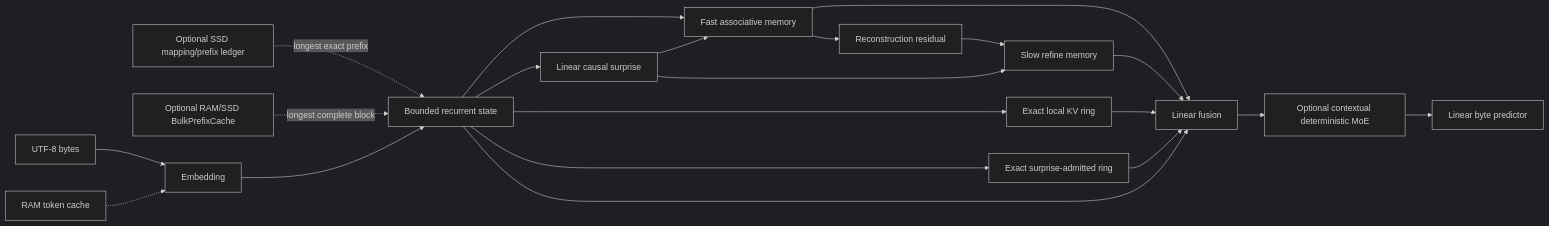
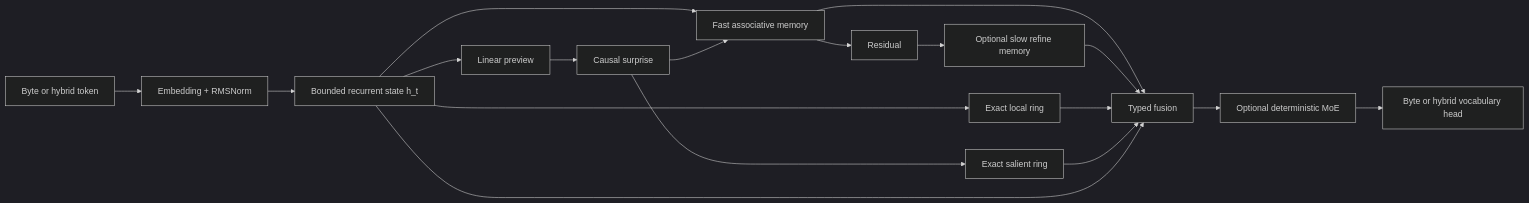
One commit to Koemi-AI/Koemi-5HOM changed the diagram in README.md. Above: the diagram before and after it, drawn with Mermaid (dark theme). The commit also changed other lines of this file and 4 other files, not shown here.

First line of the commit message:
docs(readme): explain 4HCM with wooden block diagrams

````diff
--- a/README.md
+++ b/README.md
@@ -261,23 +238,20 @@
 ```mermaid
 flowchart LR
-    Input[UTF-8 bytes] --> Embedding
-    Warm[RAM token cache] -.-> Embedding
-    Mapping[Optional SSD mapping/prefix ledger] -. longest exact prefix .-> Recurrent
-    Bulk[Optional RAM/SSD BulkPrefixCache] -. longest complete block .-> Recurrent
-    Embedding --> Recurrent[Bounded recurrent state]
-    Recurrent --> Fast[Fast associative memory]
-    Fast --> Residual[Reconstruction residual]
-    Residual --> Slow[Slow refine memory]
-    Recurrent --> Local[Exact local KV ring]
-    Recurrent --> Salient[Exact surprise-admitted ring]
-    Recurrent --> Surprise[Linear causal surprise]
-    Surprise --> Fast
-    Surprise --> Slow
-    Fast --> Fusion[Linear fusion]
-    Slow --> Fusion
-    Local --> Fusion
-    Salient --> Fusion
-    Recurrent --> Fusion
-    Fusion --> MoE[Optional contextual deterministic MoE]
-    MoE --> Output[Linear byte predictor]
+    X[Byte or hybrid token] --> E[Embedding + RMSNorm]
+    E --> H[Bounded recurrent state h_t]
+    H --> P[Linear preview]
+    P --> S[Causal surprise]
+    H --> F[Fast associative memory]
+    S --> F
+    F --> R[Residual]
+    R --> L[Optional slow refine memory]
+    H --> Q[Exact local ring]
+    S --> A[Exact salient ring]
+    F --> Z[Typed fusion]
+    L --> Z
+    Q --> Z
+    A --> Z
+    H --> Z
+    Z --> M[Optional deterministic MoE]
+    M --> Y[Byte or hybrid vocabulary head]
 ```
````
